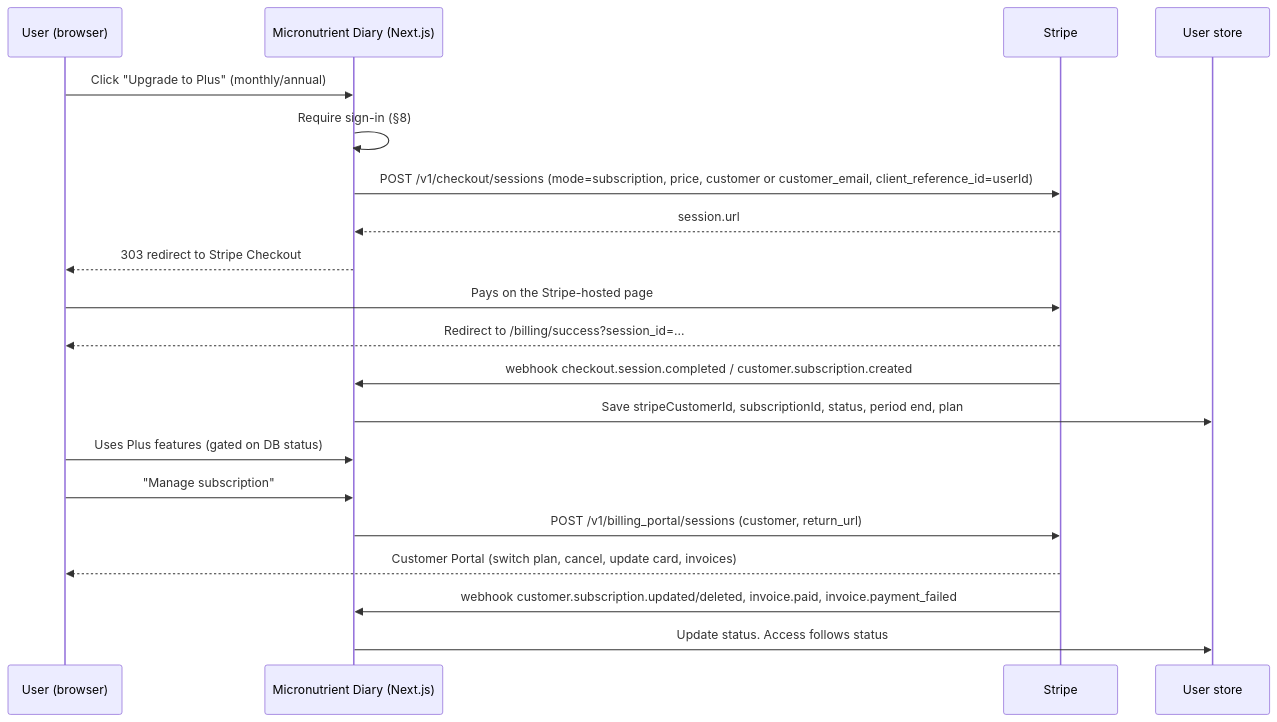
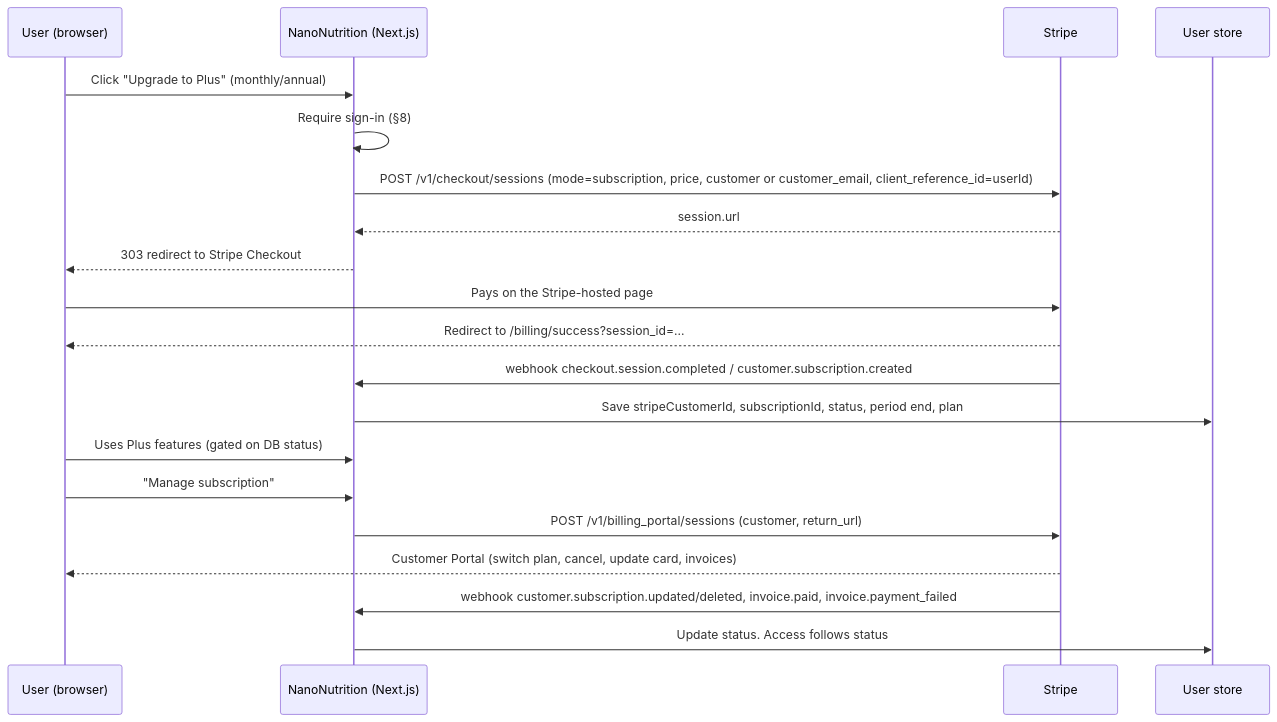
One commit to yonaadug/FoodNutritionOptimize changed the diagram in docs/STRIPE_PLAN.md. Above: the diagram before and after it, drawn with Mermaid. The commit also changed other lines of this file and 49 other files, not shown here.

First line of the commit message:
Rename the app from Micronutrient Diary to NanoNutrition

````diff
--- a/docs/STRIPE_PLAN.md
+++ b/docs/STRIPE_PLAN.md
@@ -34,22 +34,22 @@
 ```mermaid
 sequenceDiagram
     participant U as User (browser)
-    participant A as Micronutrient Diary (Next.js)
+    participant A as NanoNutrition (Next.js)
     participant S as Stripe
     participant DB as User store
     U->>A: Click "Upgrade to Plus" (monthly/annual)
     A->>A: Require sign-in (§8)
     A->>S: POST /v1/checkout/sessions (mode=subscription, price, customer or customer_email, client_reference_id=userId)
     S-->>A: session.url
     A-->>U: 303 redirect to Stripe Checkout
     U->>S: Pays on the Stripe-hosted page
     S-->>U: Redirect to /billing/success?session_id=...
     S->>A: webhook checkout.session.completed / customer.subscription.created
     A->>DB: Save stripeCustomerId, subscriptionId, status, period end, plan
     U->>A: Uses Plus features (gated on DB status)
     U->>A: "Manage subscription"
     A->>S: POST /v1/billing_portal/sessions (customer, return_url)
     S-->>U: Customer Portal (switch plan, cancel, update card, invoices)
     S->>A: webhook customer.subscription.updated/deleted, invoice.paid, invoice.payment_failed
     A->>DB: Update status. Access follows status
 ```
````
